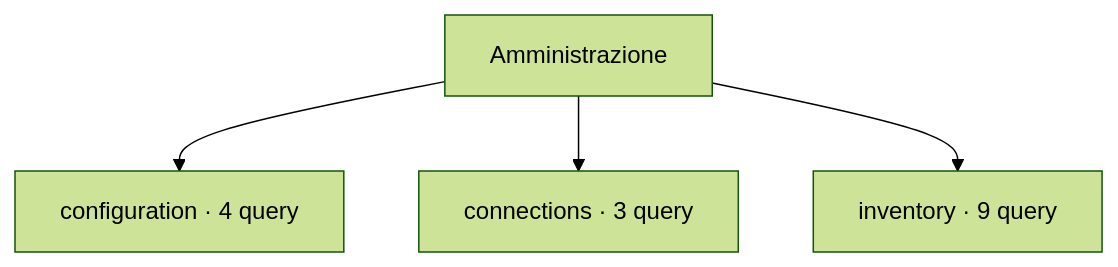
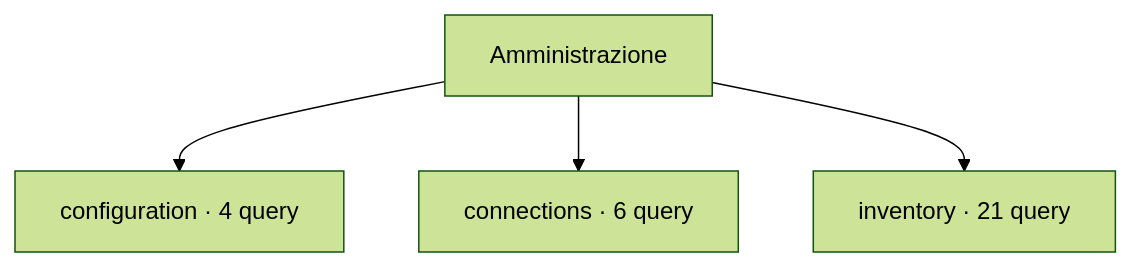
Before and after one commit to Mohamed-DN/PG-DN_scripts: the diagram in scripts/administration/README.md, drawn with Mermaid (forest theme). The commit also changed other lines of this file and 533 other files, not shown here.

````diff
--- a/scripts/administration/README.md
+++ b/scripts/administration/README.md
@@ -11,7 +52,7 @@
 ```mermaid
 flowchart TD
     root["Amministrazione"]
     root --> c0["configuration · 4 query"]
-    root --> c1["connections · 3 query"]
-    root --> c2["inventory · 9 query"]
+    root --> c1["connections · 6 query"]
+    root --> c2["inventory · 21 query"]
 ```
````
